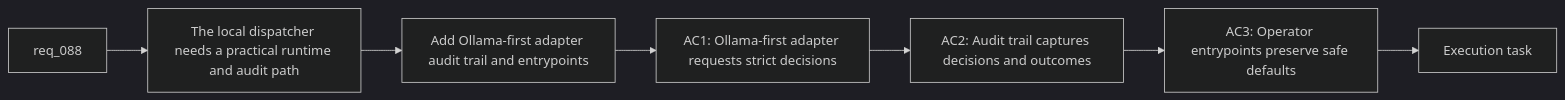
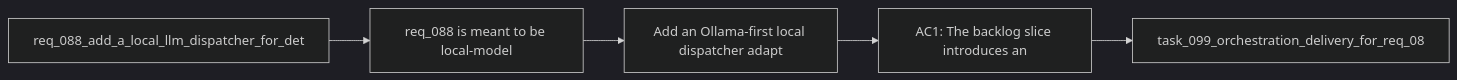
One commit to AlexAgo83/logics-manager changed the diagram in logics/backlog/item_139_add_an_ollama_first_local_dispatcher_adapter_audit_trail_and_operator_entrypoints.md. Above: the diagram before and after it, drawn with Mermaid (dark theme). The commit also changed 481 other files, not shown here.

````diff
--- a/logics/backlog/item_139_add_an_ollama_first_local_dispatcher_adapter_audit_trail_and_operator_entrypoints.md
+++ b/logics/backlog/item_139_add_an_ollama_first_local_dispatcher_adapter_audit_trail_and_operator_entrypoints.md
@@ -28,11 +28,9 @@
 ```mermaid
 %% logics-kind: backlog
 %% logics-signature: backlog|add-an-ollama-first-local-dispatcher-ada|req-088-add-a-local-llm-dispatcher-for-d|req-088-is-meant-to-be-local-model|ac1-the-backlog-slice-introduces-an
 flowchart LR
-    Request[req_088] --> Problem[The local dispatcher needs a practical runtime and audit path]
-    Problem --> Scope[Add Ollama-first adapter audit trail and entrypoints]
-    Scope --> AC1[AC1: Ollama-first adapter requests strict decisions]
-    AC1 --> AC2[AC2: Audit trail captures decisions and outcomes]
-    AC2 --> AC3[AC3: Operator entrypoints preserve safe defaults]
-    AC3 --> Task[Execution task]
+    Request[req_088_add_a_local_llm_dispatcher_for_det] --> Problem[req_088 is meant to be local-model]
+    Problem --> Scope[Add an Ollama-first local dispatcher adapt]
+    Scope --> Acceptance[AC1: The backlog slice introduces an]
+    Acceptance --> Tasks[task_099_orchestration_delivery_for_req_08]
 ```
````
